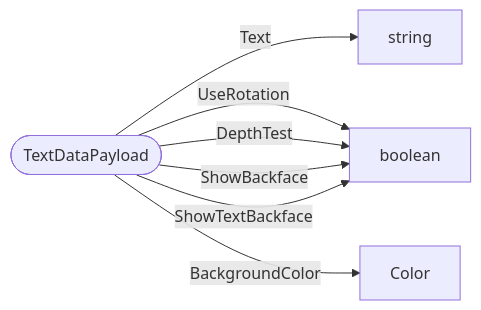
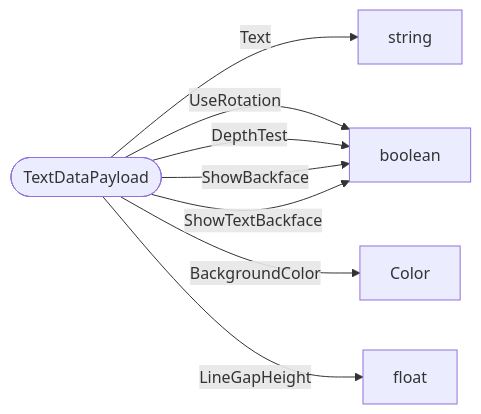
Before and after one commit to bedrock-v/protocol-docs: the diagram in schemas/types/TextDataPayload.md, drawn with Mermaid. The commit also changed 114 other files, not shown here.

````diff
--- a/schemas/types/TextDataPayload.md
+++ b/schemas/types/TextDataPayload.md
@@ -5,10 +5,11 @@
 ```mermaid
 flowchart LR
   ROOT(["TextDataPayload"])
   ROOT -->|"Text"| string["string"]
   ROOT -->|"UseRotation"| boolean["boolean"]
   ROOT -->|"BackgroundColor"| Color["Color"]
+  ROOT -->|"LineGapHeight"| float["float"]
   ROOT -->|"DepthTest"| boolean["boolean"]
   ROOT -->|"ShowBackface"| boolean["boolean"]
   ROOT -->|"ShowTextBackface"| boolean["boolean"]
 ```
````
